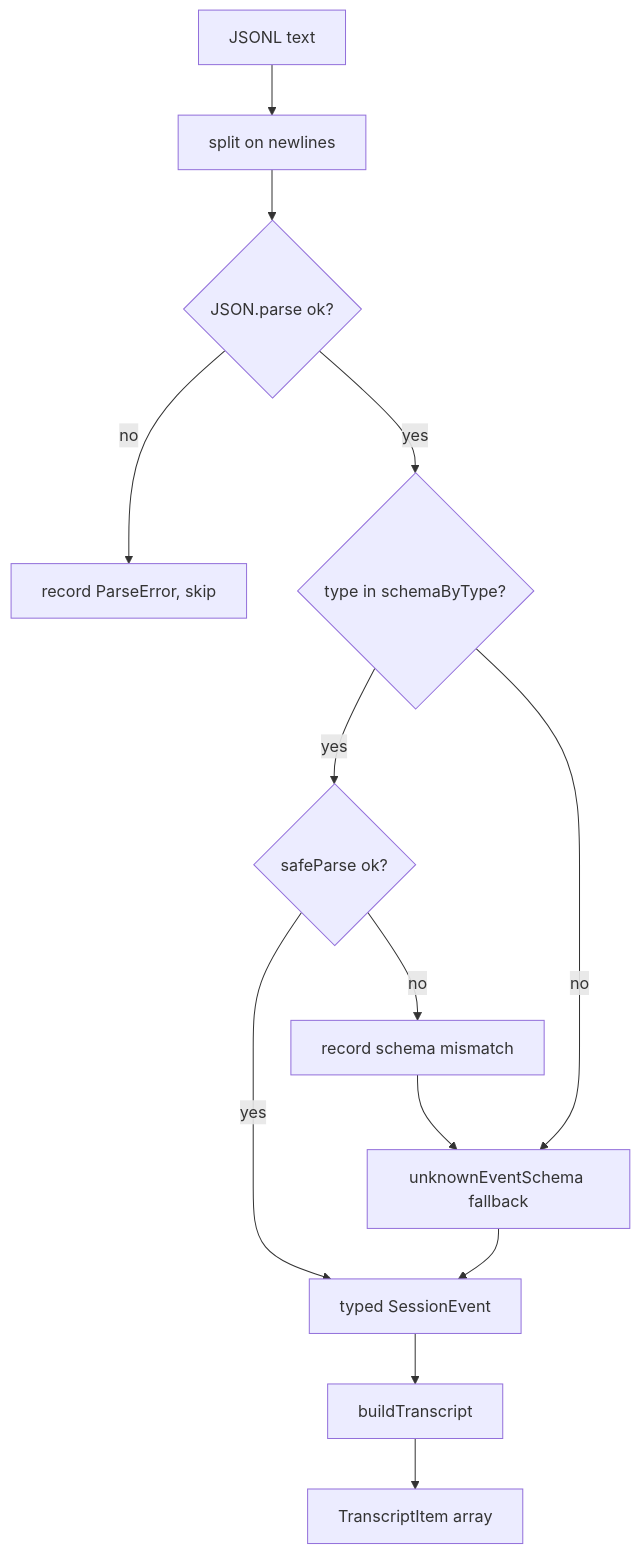
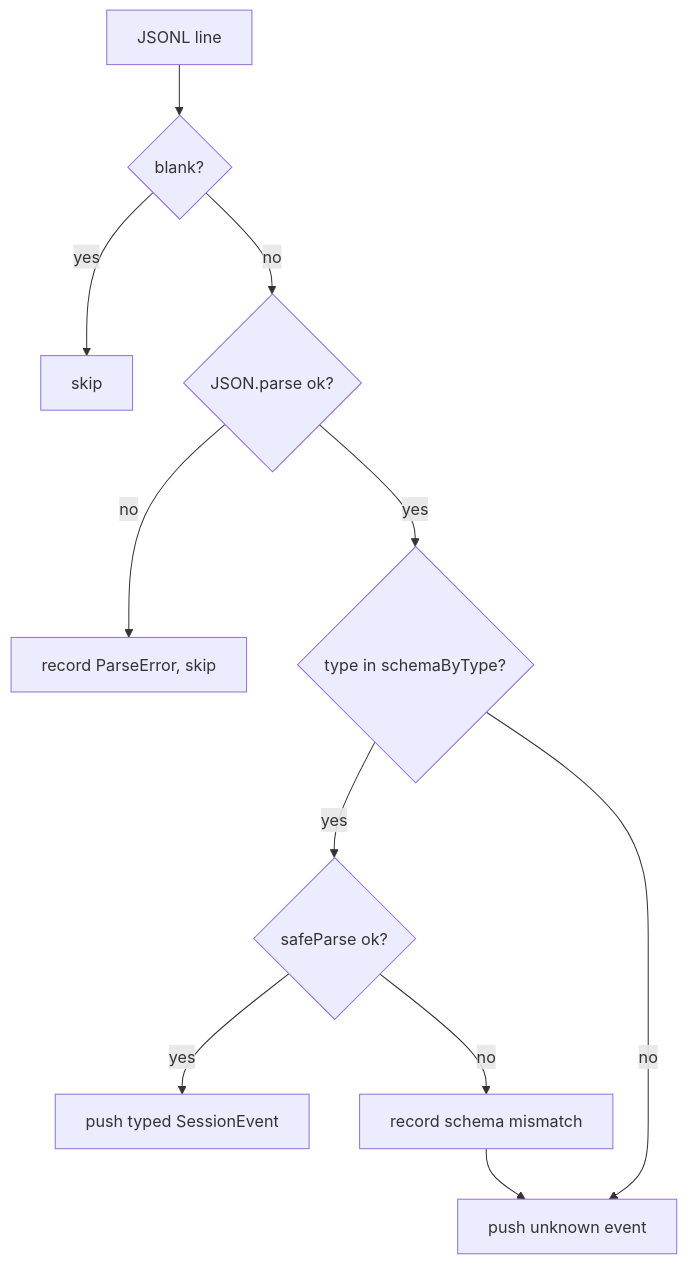
One commit to yorch/cc-analyzer changed the diagram in wiki/2.1-session-parsing-and-events.md. Above: the diagram before and after it, drawn with Mermaid. The commit also changed other lines of this file and 16 other files, not shown here.

````diff
--- a/wiki/2.1-session-parsing-and-events.md
+++ b/wiki/2.1-session-parsing-and-events.md
@@ -33,15 +41,13 @@
 ```mermaid
 flowchart TD
-    Text[JSONL text] --> Split[split on newlines]
-    Split --> JSON{JSON.parse ok?}
-    JSON -- no --> Err[record ParseError, skip]
-    JSON -- yes --> Lookup{type in schemaByType?}
-    Lookup -- yes --> Safe{safeParse ok?}
-    Safe -- yes --> Typed[typed SessionEvent]
-    Safe -- no --> Mismatch[record schema mismatch]
-    Lookup -- no --> Fallback[unknownEventSchema fallback]
-    Mismatch --> Fallback
-    Fallback --> Typed
-    Typed --> Build[buildTranscript]
-    Build --> Items[TranscriptItem array]
+    Line[JSONL line] --> Blank{blank?}
+    Blank -->|yes| Skip[skip]
+    Blank -->|no| JSON{JSON.parse ok?}
+    JSON -->|no| Err[record ParseError, skip]
+    JSON -->|yes| Known{type in schemaByType?}
+    Known -->|yes| Valid{safeParse ok?}
+    Valid -->|yes| Typed[push typed SessionEvent]
+    Valid -->|no| Drift[record schema mismatch]
+    Drift --> Fallback[push unknown event]
+    Known -->|no| Fallback
 ```
````
